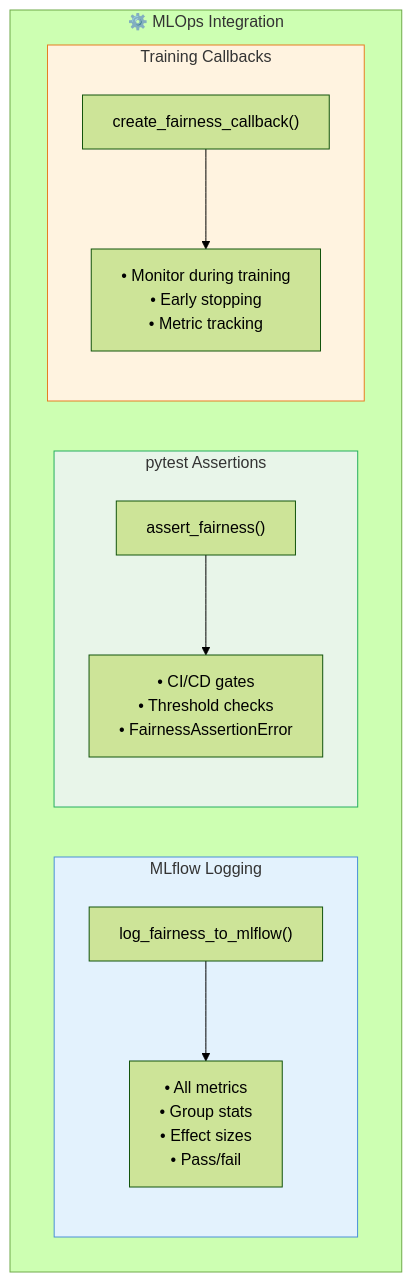
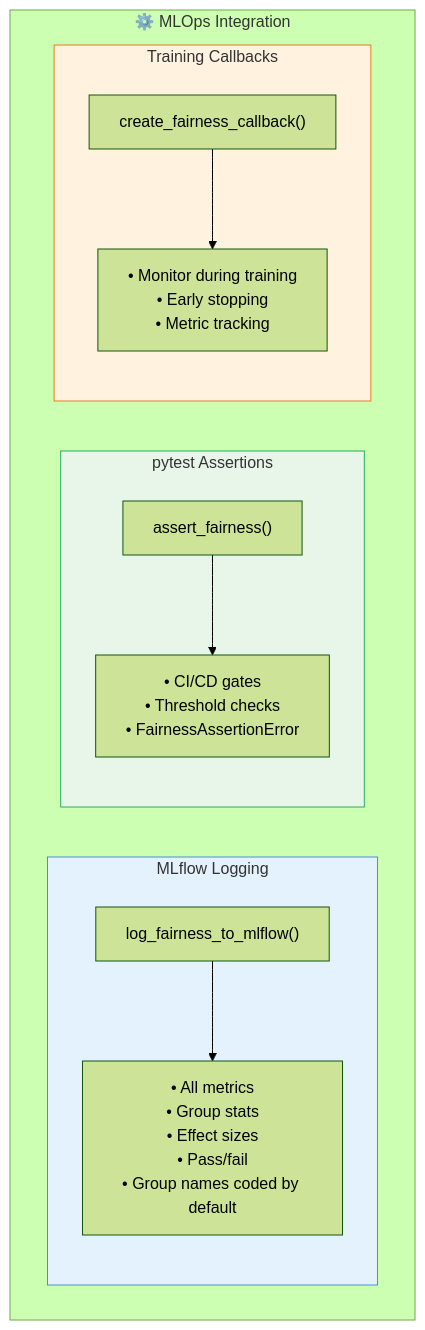
Before and after one commit to validantai/vfairness: diagram 16 of 19 in docs/LIBRARY_OVERVIEW.md, drawn with Mermaid (forest theme). The commit also changed other lines of this file and 204 other files, not shown here.

````diff
--- a/docs/LIBRARY_OVERVIEW.md
+++ b/docs/LIBRARY_OVERVIEW.md
@@ -1270,27 +1269,27 @@
 ```mermaid
 flowchart TB
     subgraph MLOPS["⚙️ MLOps Integration"]
         subgraph MLFLOW["MLflow Logging"]
             MF1["log_fairness_to_mlflow()"]
-            MF2["• All metrics<br/>• Group stats<br/>• Effect sizes<br/>• Pass/fail"]
+            MF2["• All metrics<br/>• Group stats<br/>• Effect sizes<br/>• Pass/fail<br/>• Group names coded by default"]
         end
 
         subgraph PYTEST["pytest Assertions"]
             PT1["assert_fairness()"]
             PT2["• CI/CD gates<br/>• Threshold checks<br/>• FairnessAssertionError"]
         end
 
         subgraph CALLBACK["Training Callbacks"]
             CB1["create_fairness_callback()"]
             CB2["• Monitor during training<br/>• Early stopping<br/>• Metric tracking"]
         end
     end
 
     MF1 --> MF2
     PT1 --> PT2
     CB1 --> CB2
 
     style MLFLOW fill:#E3F2FD,stroke:#4A90D9
     style PYTEST fill:#E8F5E9,stroke:#27AE60
     style CALLBACK fill:#FFF3E0,stroke:#E67E22
 ```
````
